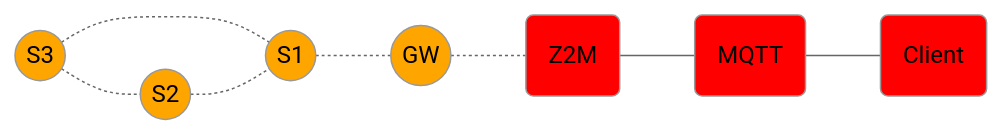
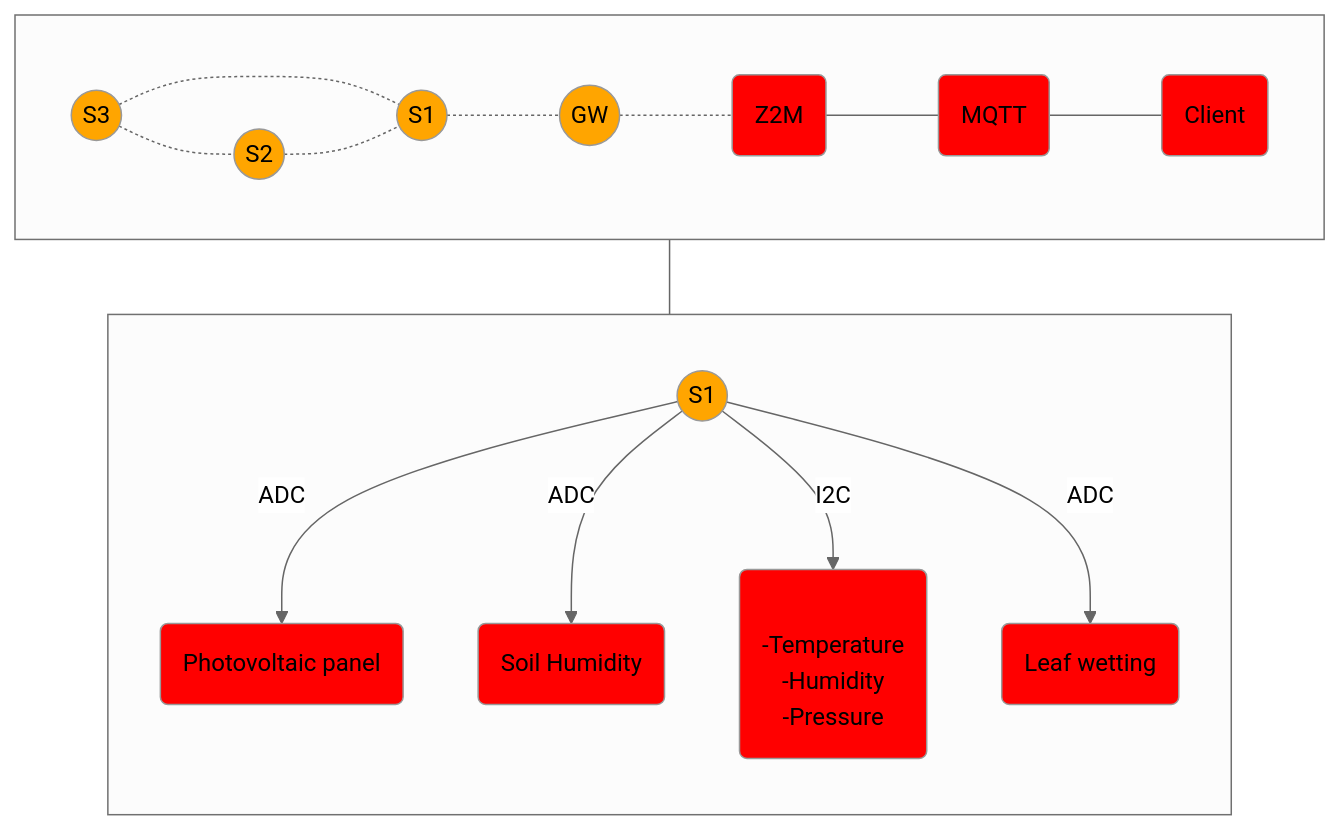
The diagram in PLAYGROUND.md (scipioni/beesensor), drawn with Mermaid (neutral theme) before and after one commit.

````diff
--- a/PLAYGROUND.md
+++ b/PLAYGROUND.md
@@ -1,13 +1,28 @@
 ```mermaid
-graph LR;
+
+graph TB;
+
+subgraph Z1[" "]
+direction LR;
   1((S3)):::someclass -.- 3((S1));
   2((S2)):::someclass -.- 3((S1));
   1((S3)):::someclass -.- 2((S2));
   3((S1)):::someclass -.- 4((GW));
   4((GW)):::someclass -.- 5(Z2M);
   5(Z2M):::someclass2 --- 6(MQTT);
   6(MQTT):::someclass2 --- 7(Client):::someclass2;
+end
 
-classDef someclass fill:#FFA500;
-classDef someclass2 fill:#FF0000;
+subgraph Z2[" "]
+direction TB;
+  A((S1)):::someclass -->|ADC|B(Photovoltaic panel):::someclass2
+  A((S1)) -->|ADC|C(Soil Humidity):::someclass2
+  A((S1)) -->|I2C|D(\n-Temperature\n-Humidity\n-Pressure):::someclass2
+  A((S1)):::someclass -->|ADC|E(Leaf wetting):::someclass2
+end
+
+Z1 --- Z2
+  classDef someclass fill:#FFA500;
+  classDef someclass2 fill:#FF0000;
+
 ```
````
